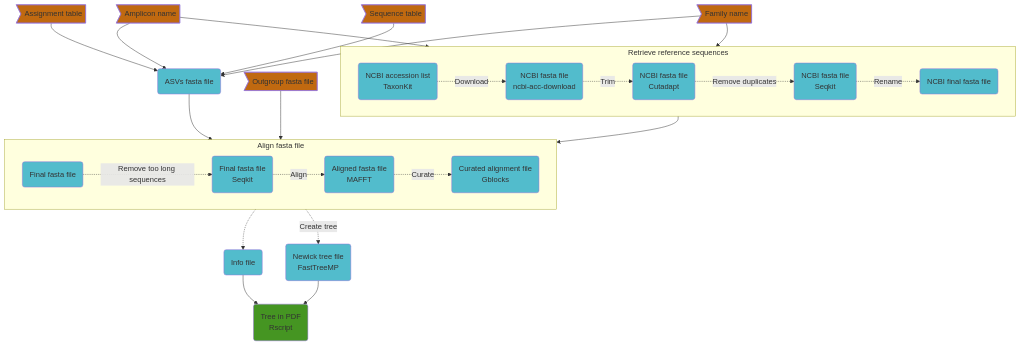
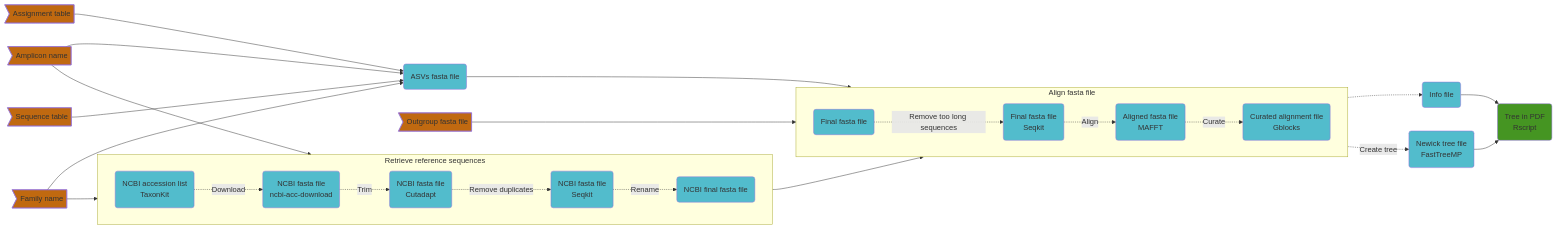
One commit to Enorya/Phylo-tree_eDNA changed the diagram in README.md. Above: the diagram before and after it, drawn with Mermaid.

````diff
--- a/README.md
+++ b/README.md
@@ -20,49 +20,49 @@
 ```mermaid
-flowchart TB
+flowchart LR
 	amplicon>Amplicon name]
 	family>Family name]
 	Assign>Assignment table]
 	Seq>Sequence table]
 	Out>Outgroup fasta file]
 	step1(NCBI accession list
 TaxonKit)
 	step2(NCBI fasta file
 ncbi-acc-download)
 	step3(NCBI fasta file
 Cutadapt)
 	step4(NCBI fasta file
 Seqkit)
 	step5(NCBI final fasta file)
 	step6(ASVs fasta file)
 	step7(Final fasta file)
 	step8(Final fasta file
 Seqkit)
 	step9(Aligned fasta file
 MAFFT)
 	step10(Curated alignment file
 Gblocks)
 	step11(Newick tree file
 FastTreeMP)
 	step12(Info file)
 	step13(Tree in PDF
 Rscript)
 
 	subgraph "Retrieve reference sequences"
 		direction LR
         	step1:::blue -.->|Download| step2:::blue -.->|Trim| step3:::blue -.->|Remove duplicates| step4:::blue -.->|Rename| step5:::blue
 	end
 	subgraph "Align fasta file"
 		direction LR
         	step7:::blue -.->|Remove too long sequences| step8:::blue -.->|Align| step9:::blue -.->|Curate| step10:::blue
 	end
 	amplicon:::red --> step1
 	family:::red --> step1
 	amplicon:::red & Assign:::red & Seq:::red & family:::red --> step6
 	step5 & Out:::red & step6:::blue --> step7
 	step10 -.-> step12:::blue --> step13:::green
 	step10 -.->|Create tree| step11:::blue --> step13
 	classDef red fill:#c06910
 	classDef blue fill:#52bccc
 	classDef green fill:#459522
 
 ```
````
